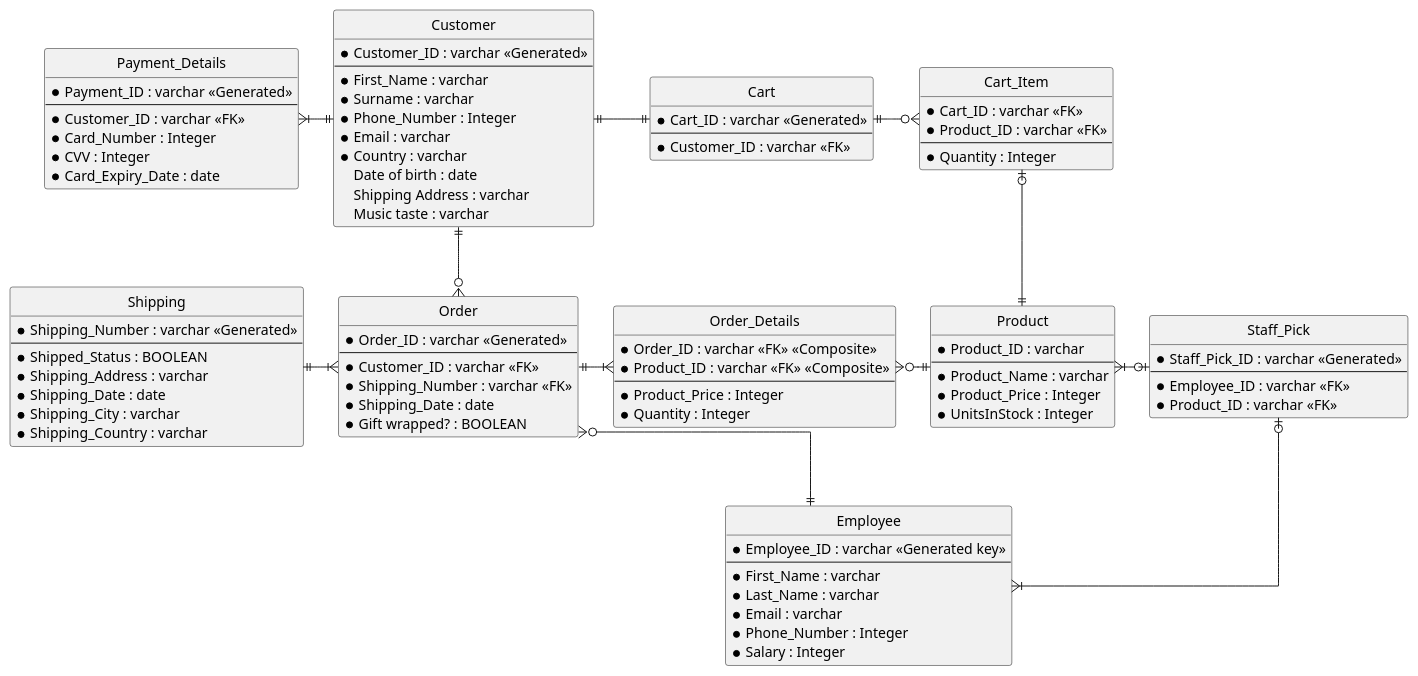
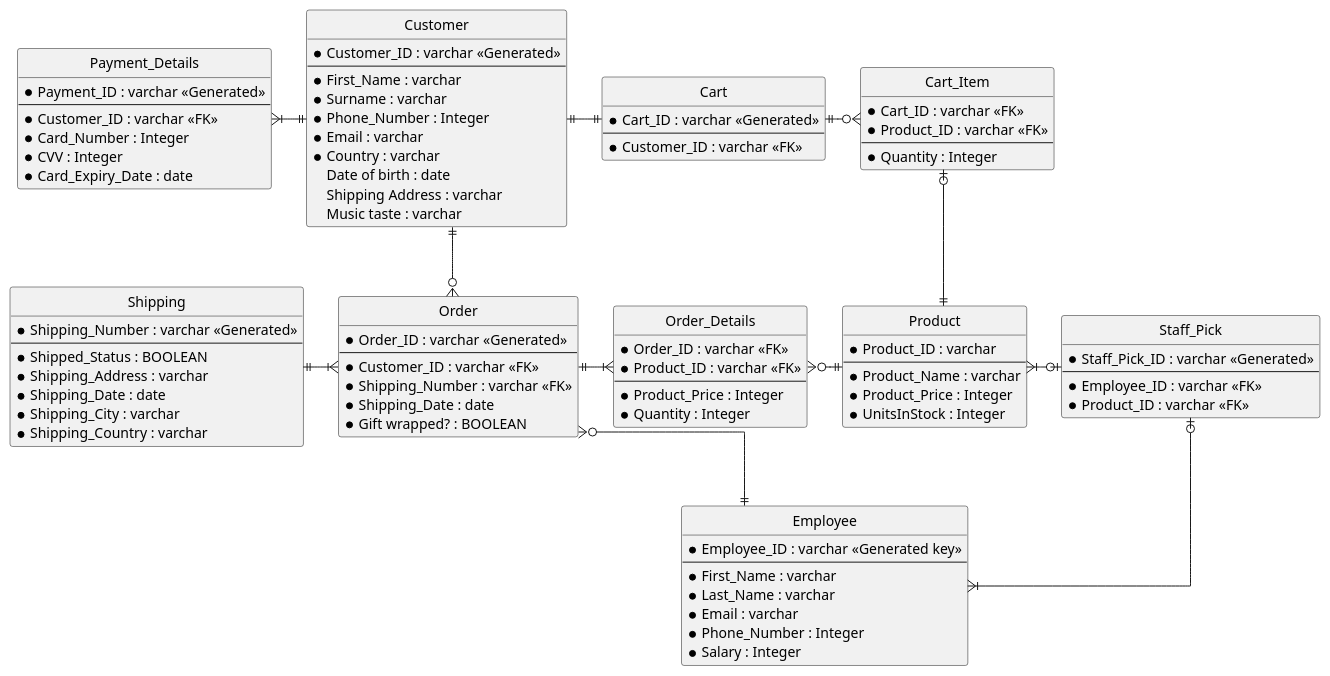
The diagram in milestone2/HVLo-Fi-erd.puml (shaystevens/INFO201-assignments), drawn with PlantUML before and after one commit.

Commit message:
Removed composite indication in ERD

```diff
--- a/milestone2/HVLo-Fi-erd.puml
+++ b/milestone2/HVLo-Fi-erd.puml
@@ -1,106 +1,106 @@
 @startuml HV Lo-Fi
 
 skinparam Style StrictUML
 skinparam LineType ortho
 skinparam monochrome true
 
 class Customer {
     * Customer_ID : varchar <<Generated>>
 --
     * First_Name : varchar
     * Surname : varchar
     * Phone_Number : Integer
     * Email : varchar
     * Country : varchar
     Date of birth : date
     Shipping Address : varchar
     Music taste : varchar
 }
 
 class Product {
     * Product_ID : varchar
 --
     * Product_Name : varchar
     * Product_Price : Integer
     * UnitsInStock : Integer
 }
 
 class Order {
     * Order_ID : varchar <<Generated>>
 --
     * Customer_ID : varchar <<FK>>
     * Shipping_Number : varchar <<FK>>
     * Shipping_Date : date
     * Gift wrapped? : BOOLEAN
 }
 
 class Shipping {
     * Shipping_Number : varchar <<Generated>>
 --
     * Shipped_Status : BOOLEAN
     * Shipping_Address : varchar
     * Shipping_Date : date
     * Shipping_City : varchar
     * Shipping_Country : varchar
 }
 
 class Payment_Details {
     * Payment_ID : varchar <<Generated>>
 --
     * Customer_ID : varchar <<FK>>
     * Card_Number : Integer
     * CVV : Integer
     * Card_Expiry_Date : date
 }
 
 class Order_Details {
-    * Order_ID : varchar <<FK>> <<Composite>>
-    * Product_ID : varchar <<FK>> <<Composite>>
+    * Order_ID : varchar <<FK>>
+    * Product_ID : varchar <<FK>>
 --
     * Product_Price : Integer
     * Quantity : Integer
 }
 
 class Cart {
     * Cart_ID : varchar <<Generated>>
 --
     * Customer_ID : varchar <<FK>>
 }
 
 class Cart_Item {
     * Cart_ID : varchar <<FK>>
     * Product_ID : varchar <<FK>>
 --
     * Quantity : Integer
 }
 
 class Employee {
     * Employee_ID : varchar <<Generated key>>
 --
     * First_Name : varchar
     * Last_Name : varchar
     * Email : varchar
     * Phone_Number : Integer
     * Salary : Integer
 }
 
 class Staff_Pick {
     * Staff_Pick_ID : varchar <<Generated>>
 --
     * Employee_ID : varchar <<FK>>
     * Product_ID : varchar <<FK>>
 }
 
 Customer ||--o{ Order
 Customer ||-|| Cart
 Cart ||-o{ Cart_Item
 Cart_Item |o-|| Product
 Payment_Details }|-|| Customer
 Shipping ||-|{ Order
 Order ||-|{ Order_Details
 Order_Details }o-|| Product
 Staff_Pick |o--|{ Employee
 Product }|-o| Staff_Pick
 Order }o--|| Employee
 
 @enduml
```
